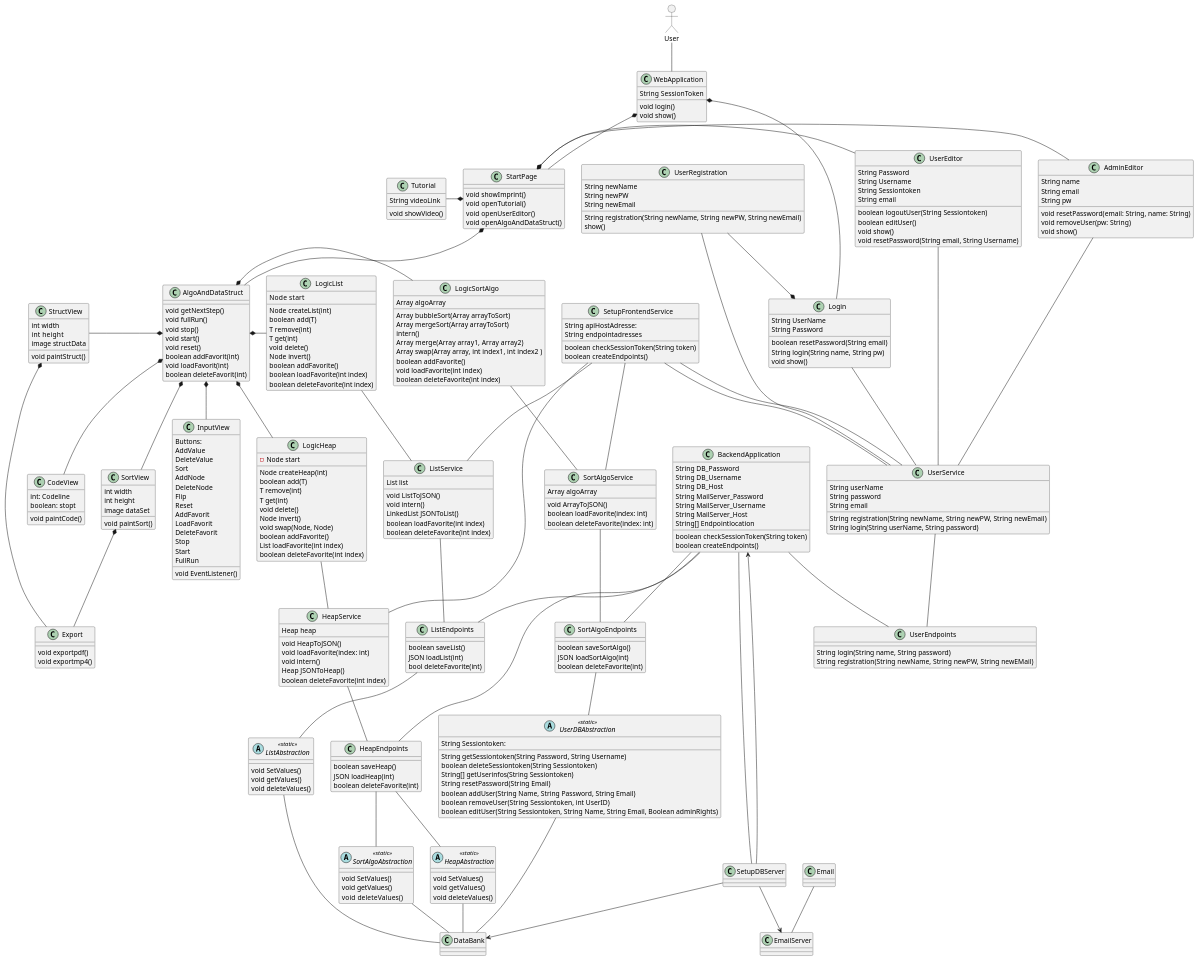
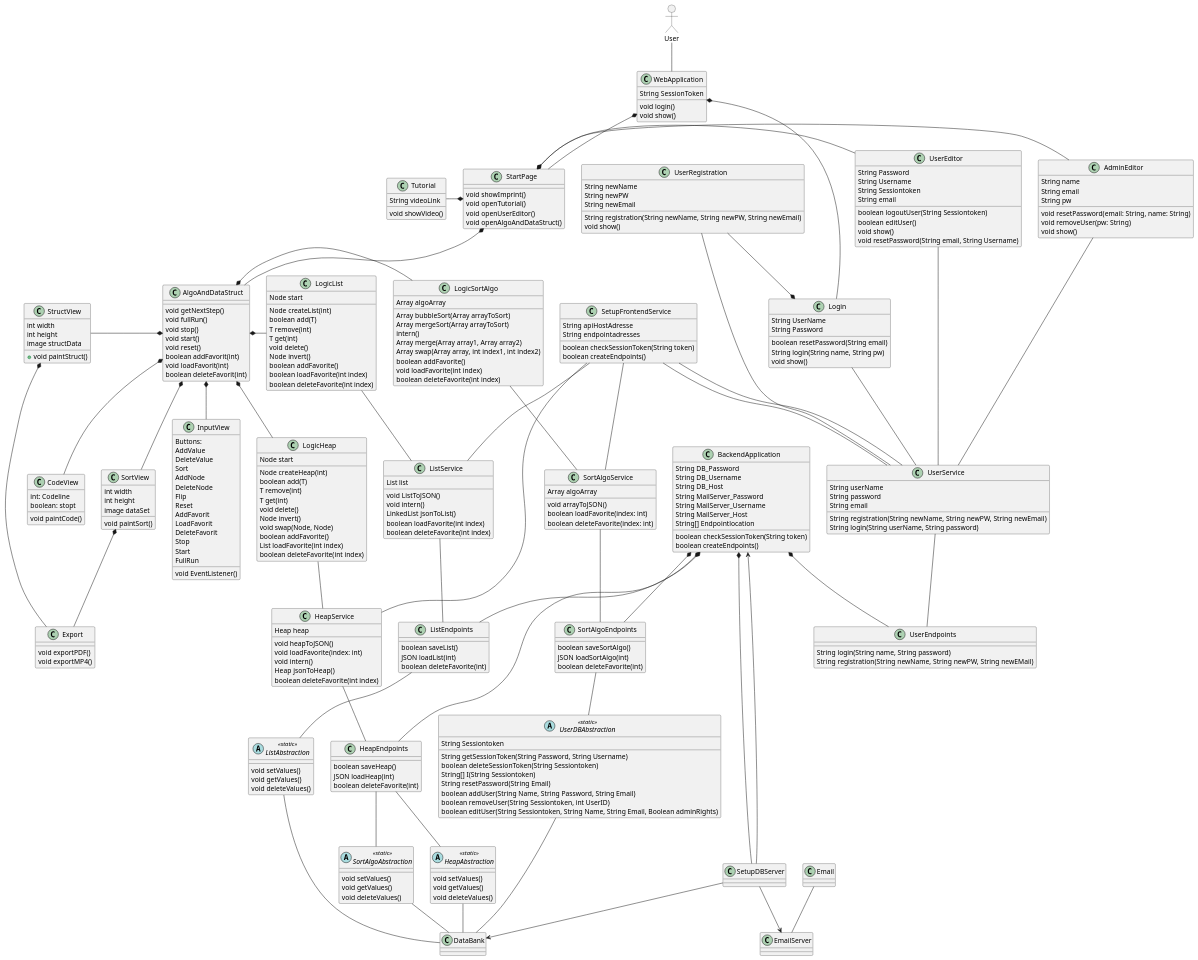
One commit to schmidti2002/Softwarepraktikum changed the diagram in Meilensteine/Meilenstein_03/.templates/UMLKlassendiagramm.puml. Above: the diagram before and after it, drawn with PlantUML. The commit also changed 1 other file, not shown here.

Commit message:
Klassendiagramm - edit add static

```diff
--- a/Meilensteine/Meilenstein_03/.templates/UMLKlassendiagramm.puml
+++ b/Meilensteine/Meilenstein_03/.templates/UMLKlassendiagramm.puml
@@ -24,7 +24,7 @@
   String newEmail
 
   String registration(String newName, String newPW, String newEmail)
-show()
+  void show()
 }
 
 class Login {
@@ -47,15 +47,15 @@
 }
 
 class UserEditor {
-    String Password
-    String Username
-    String Sessiontoken
-    String email
+  String Password
+  String Username
+  String Sessiontoken
+  String email
 
-    boolean logoutUser(String Sessiontoken)
-    boolean editUser()
-    void show()
-    void resetPassword(String email, String Username)
+  boolean logoutUser(String Sessiontoken)
+  boolean editUser()
+  void show()
+  void resetPassword(String email, String Username)
 }
 
 class Tutorial {
@@ -64,90 +64,89 @@
   void showVideo()
 }
 
-
 class AlgoAndDataStruct {
 
-    void getNextStep()
-    void fullRun()
-    void stop()
-    void start()
-    void reset()
-    boolean addFavorit(int)
-    void loadFavorit(int)
-    boolean deleteFavorit(int)
+  void getNextStep()
+  void fullRun()
+  void stop()
+  void start()
+  void reset()
+  boolean addFavorit(int)
+  void loadFavorit(int)
+  boolean deleteFavorit(int)
 }
 
 class SortView {
-   int width
-   int height
-   image dataSet
+  int width
+  int height
+  image dataSet
 
-   void paintSort()
+  void paintSort()
 }
 
 class StructView {
-    int width
-    int  height
-    image structData
+  int width
+  int height
+  image structData
 
-   void paintStruct()
+  + void paintStruct()
 }
 
 class InputView {
-    Buttons:
-      AddValue
-      DeleteValue
-      Sort
-      AddNode
-      DeleteNode
-      Flip
-      Reset
-      AddFavorit
-      LoadFavorit
-      DeleteFavorit
-      Stop
-      Start
-      FullRun
+  Buttons:
+   AddValue
+   DeleteValue
+   Sort
+   AddNode
+   DeleteNode
+   Flip
+   Reset
+   AddFavorit
+   LoadFavorit
+   DeleteFavorit
+   Stop
+   Start
+   FullRun
 
-   void EventListener()
+  void EventListener()
 }
 
 class CodeView {
   int: Codeline
   boolean: stopt
 
-   void paintCode()
+  void paintCode()
 }
 
 class Export {
-  void exportpdf()
-  void exportmp4()
+  void exportPDF()
+  void exportMP4()
 }
 
 class UserService {
-   String userName
-   String password
-   String email
+  String userName
+  String password
+  String email
 
   String registration(String newName, String newPW, String newEmail)
   String login(String userName, String password)
 }
 
 class LogicSortAlgo {
-    Array algoArray
+  Array algoArray
 
   Array bubbleSort(Array arrayToSort)
   Array mergeSort(Array arrayToSort)
   intern()
-  Array merge(Array array1,  Array array2)
-  Array swap(Array array, int index1, int index2 )
+  Array merge(Array array1, Array array2)
+  Array swap(Array array, int index1, int index2)
   boolean addFavorite()
   void loadFavorite(int index)
   boolean deleteFavorite(int index)
 }
 
 class LogicHeap {
-  - Node start
+  Node start
 
   Node createHeap(int)
   boolean add(T)
@@ -162,7 +161,7 @@
 }
 
 class LogicList {
-  Node  start
+  Node start
 
   Node createList(int)
   boolean add(T)
@@ -177,35 +176,35 @@
 
 
 class SortAlgoService {
-    Array algoArray
+  Array algoArray
 
-  void ArrayToJSON()
+  void arrayToJSON()
   boolean loadFavorite(index: int)
   boolean deleteFavorite(index: int)
 }
 
 class HeapService {
-   Heap heap
+  Heap heap
 
-  void HeapToJSON()
+  void heapToJSON()
   void loadFavorite(index: int)
   void intern()
-  Heap JSONToHeap()
+  Heap jsonToHeap()
   boolean deleteFavorite(int index)
 }
 
 class ListService {
-   List list
+  List list
 
   void ListToJSON()
   void intern()
-  LinkedList JSONToList()
+  LinkedList jsonToList()
   boolean loadFavorite(int index)
   boolean deleteFavorite(int index)
 }
 
 class SetupFrontendService {
-  String apiHostAdresse:
+  String apiHostAdresse
   String endpointadresses
 
   boolean checkSessionToken(String token)
@@ -225,6 +224,7 @@
   boolean createEndpoints()
 }
 
+
 class UserEndpoints {
 
   String login(String name, String password)
@@ -240,50 +240,53 @@
 
 class HeapEndpoints {
 
-   boolean saveHeap()
-   JSON loadHeap(int)
-   boolean deleteFavorite(int)
+  boolean saveHeap()
+  JSON loadHeap(int)
+  boolean deleteFavorite(int)
 }
+
 
 class ListEndpoints {
 
   boolean saveList()
   JSON loadList(int)
-  bool deleteFavorite(int)
+  boolean deleteFavorite(int)
 }
 
-abstract class  UserDBAbstraction  <<static>>{
-  String Sessiontoken:
+abstract class UserDBAbstraction <<static>> {
+  String Sessiontoken
 
-  String getSessiontoken(String Password, String Username)
-  boolean deleteSessiontoken(String Sessiontoken)
-  String[] getUserinfos(String Sessiontoken)
+  String getSessionToken(String Password, String Username)
+  boolean deleteSessionToken(String Sessiontoken)
+  String[] I(String Sessiontoken)
   String resetPassword(String Email)
   boolean addUser(String Name, String Password, String Email)
   boolean removeUser(String Sessiontoken, int UserID)
   boolean editUser(String Sessiontoken, String Name, String Email, Boolean adminRights)
 }
 
-abstract class SortAlgoAbstraction  <<static>> {
+abstract class SortAlgoAbstraction <<static>> {
 
-   void SetValues()
-   void getValues()
-   void  deleteValues()
+  void setValues()
+  void getValues()
+  void deleteValues()
 }
 
-abstract class HeapAbstraction  <<static>> {
 
-   void SetValues()
-   void  getValues()
-   void deleteValues()
+abstract class HeapAbstraction <<static>> {
+
+  void setValues()
+  void getValues()
+  void deleteValues()
 }
 
-abstract class ListAbstraction  <<static>>{
+abstract class ListAbstraction <<static>> {
 
-   void SetValues()
-   void getValues()
-   void deleteValues()
+  void setValues()
+  void getValues()
+  void deleteValues()
 }
+
 
 
 User -- WebApplication
@@ -331,11 +334,11 @@
 ListService -- ListEndpoints
 UserService -- UserEndpoints
 
-BackendApplication -- SortAlgoEndpoints
-BackendApplication -- HeapEndpoints
-BackendApplication -- ListEndpoints
-BackendApplication -- UserEndpoints
-BackendApplication -- SetupDBServer
+BackendApplication *-- SortAlgoEndpoints
+BackendApplication *-- HeapEndpoints
+BackendApplication *-- ListEndpoints
+BackendApplication *-- UserEndpoints
+BackendApplication *-- SetupDBServer
 
 HeapEndpoints -- SortAlgoAbstraction
 HeapEndpoints -- HeapAbstraction
```
